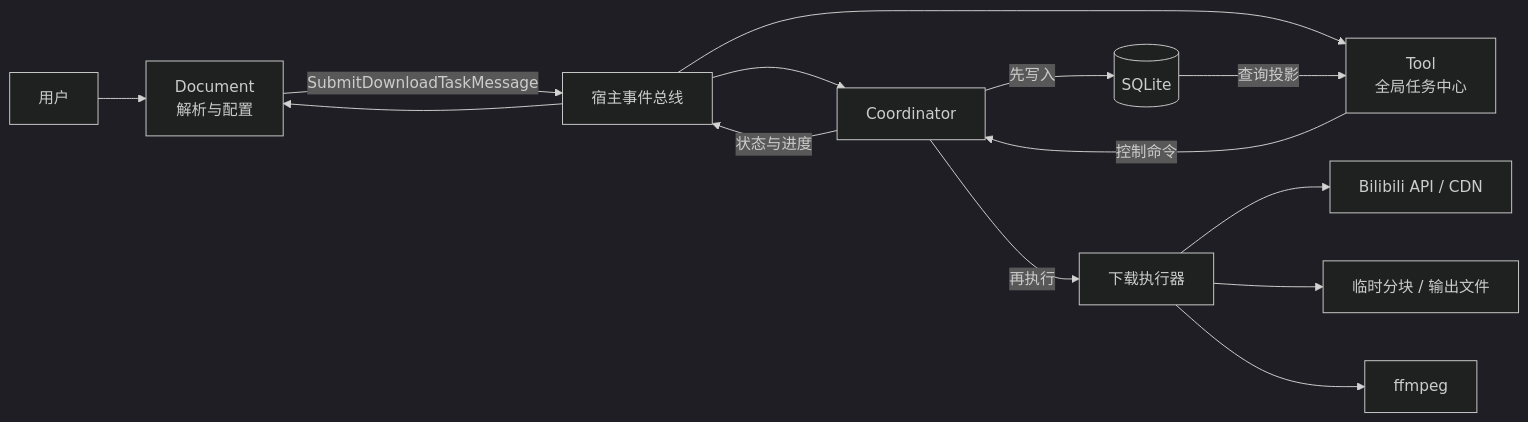
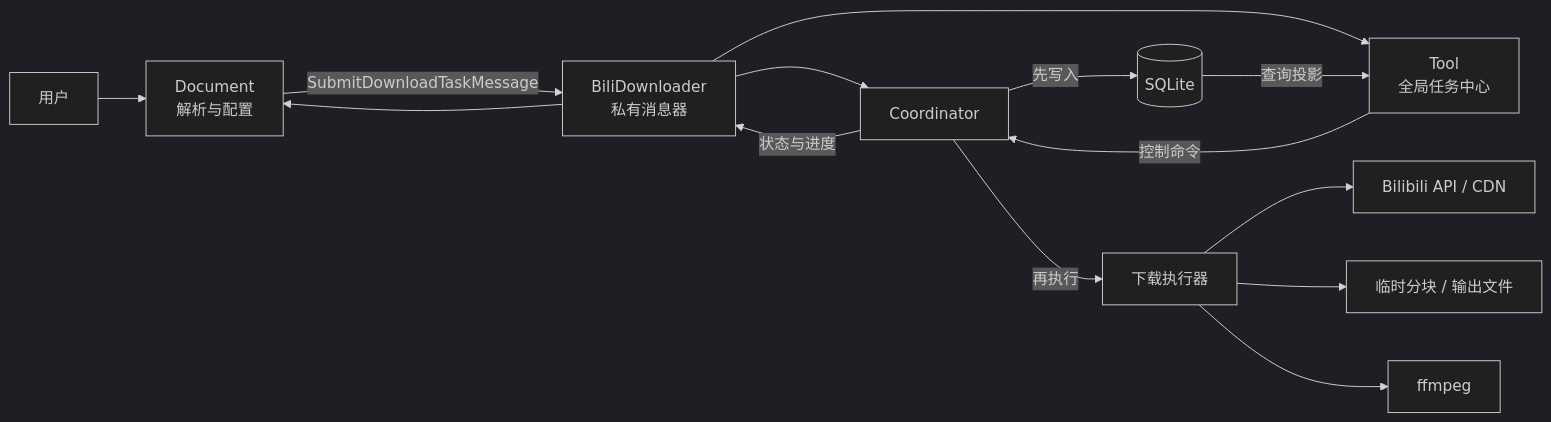
Before and after one commit to crownclowngx/avalonia_dock_simple_test: the third of 5 diagrams in Plugins/BiliDownloader/BiliDownloader/doc/design/BILIDOWNLOADER-ARCHITECTURE-REVIEW.md, drawn with Mermaid (dark theme). The commit also changed other lines of this file and 72 other files, not shown here.

````diff
--- a/Plugins/BiliDownloader/BiliDownloader/doc/design/BILIDOWNLOADER-ARCHITECTURE-REVIEW.md
+++ b/Plugins/BiliDownloader/BiliDownloader/doc/design/BILIDOWNLOADER-ARCHITECTURE-REVIEW.md
@@ -161,16 +161,16 @@
 ```mermaid
 flowchart LR
     User["用户"] --> Doc["Document<br/>解析与配置"]
-    Doc -->|"SubmitDownloadTaskMessage"| Bus["宿主事件总线"]
+    Doc -->|"SubmitDownloadTaskMessage"| Bus["BiliDownloader<br/>私有消息器"]
     Bus --> Coordinator["Coordinator"]
     Coordinator -->|"先写入"| DB[("SQLite")]
     Coordinator -->|"再执行"| Executor["下载执行器"]
     Executor --> Network["Bilibili API / CDN"]
     Executor --> Files["临时分块 / 输出文件"]
     Executor --> Ffmpeg["ffmpeg"]
     Coordinator -->|"状态与进度"| Bus
     Bus --> Doc
     Bus --> Tool["Tool<br/>全局任务中心"]
     Tool -->|"控制命令"| Coordinator
     DB -->|"查询投影"| Tool
 ```
````
